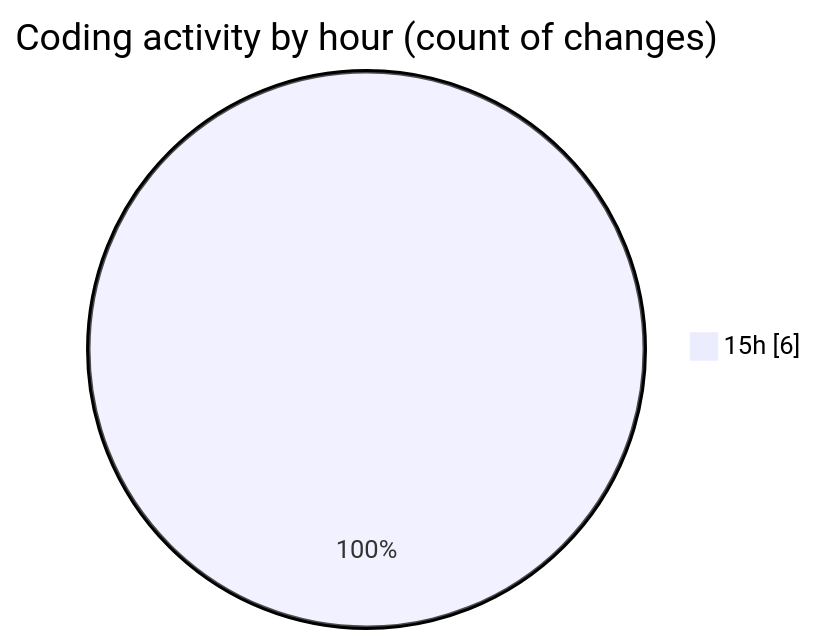
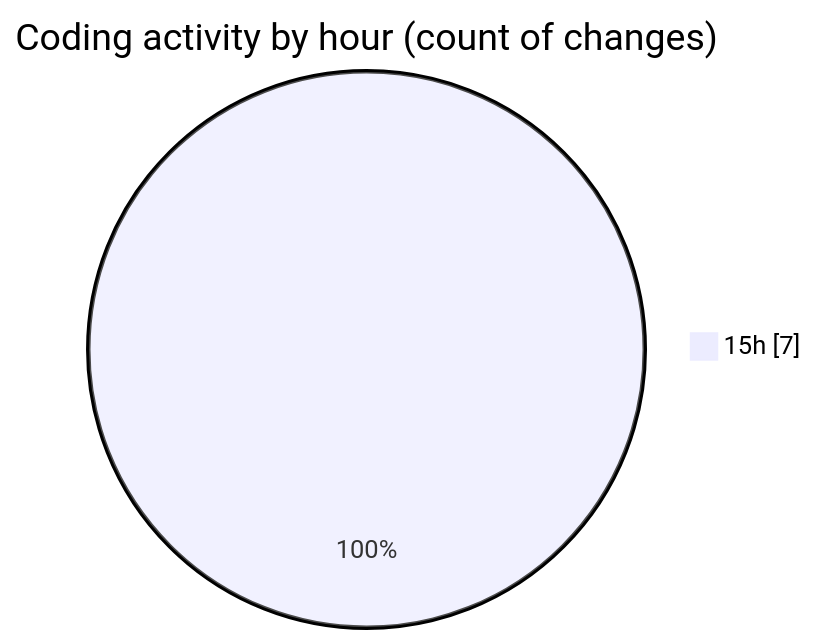
One commit to Ritupan-Deka/code-tracking changed the second of 2 diagrams in 2025-06-26/webapp/README.md. Above: the diagram before and after it, drawn with Mermaid. The commit also changed other lines of this file and 1 other file, not shown here.

````diff
--- a/2025-06-26/webapp/README.md
+++ b/2025-06-26/webapp/README.md
@@ -33,5 +35,5 @@
 ```mermaid
 pie showData
 title Coding activity by hour (count of changes)
-"15h" : 6
+"15h" : 7
 ```
````
